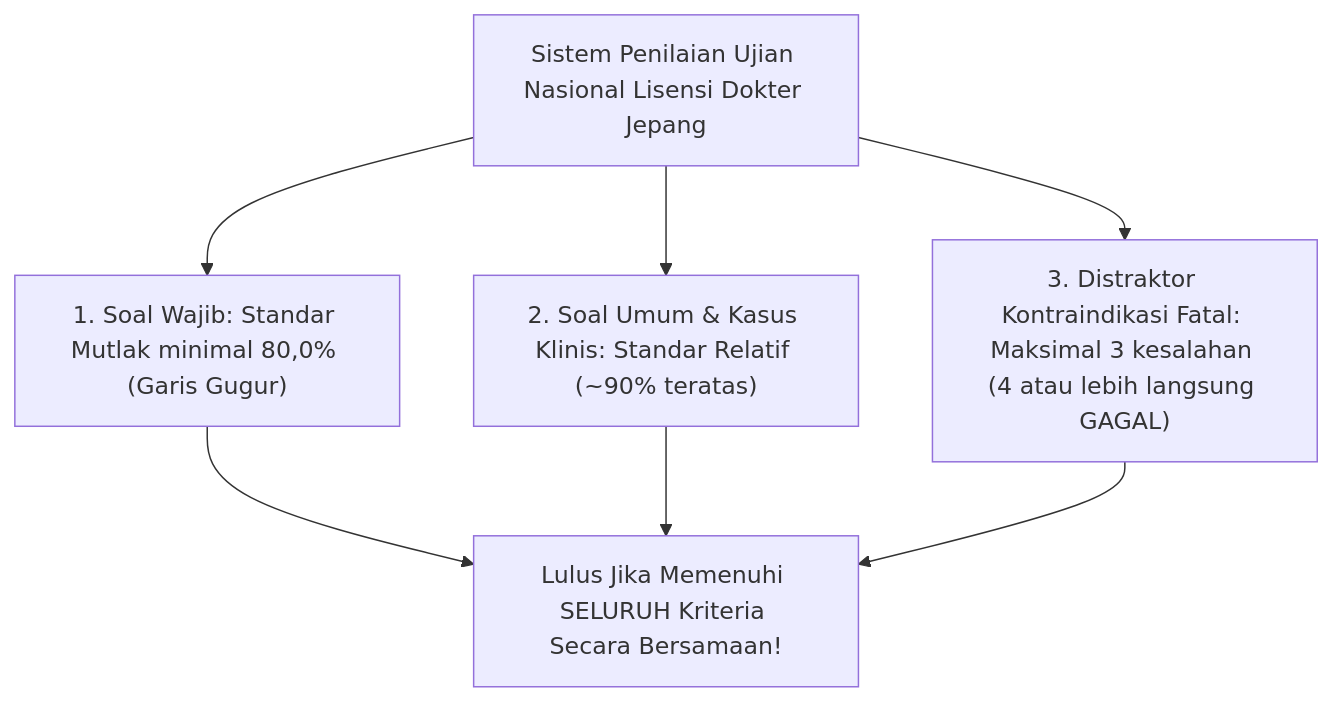
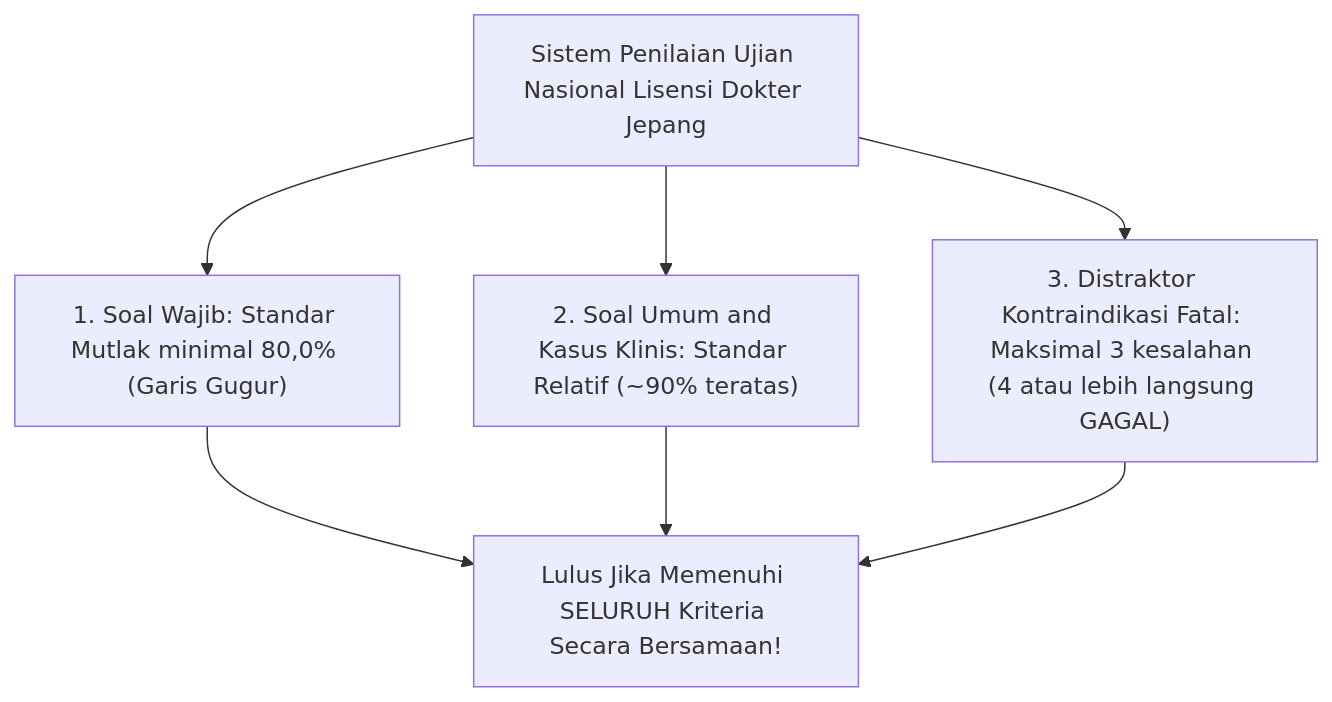
One commit to kenjinote/blog changed the third of 7 diagrams in content/post/medical-doctor-education-qualifications-specialties/index.id.md. Above: the diagram before and after it, drawn with Mermaid. The commit also changed other lines of this file and 12 other files, not shown here.

Commit message:
fix(medical-doctor): resolve mermaid syntax error in subgraph and fix unrendered bold asterisks

````diff
--- a/content/post/medical-doctor-education-qualifications-specialties/index.id.md
+++ b/content/post/medical-doctor-education-qualifications-specialties/index.id.md
@@ -158,10 +158,10 @@
 ```mermaid
 flowchart TD
     SUBJ["Sistem Penilaian Ujian Nasional Lisensi Dokter Jepang"]
     SUBJ --> C1["1. Soal Wajib: Standar Mutlak minimal 80,0% (Garis Gugur)"]
-    SUBJ --> C2["2. Soal Umum & Kasus Klinis: Standar Relatif (~90% teratas)"]
+    SUBJ --> C2["2. Soal Umum and Kasus Klinis: Standar Relatif (~90% teratas)"]
     SUBJ --> C3["3. Distraktor Kontraindikasi Fatal: Maksimal 3 kesalahan (4 atau lebih langsung GAGAL)"]
     C1 --> PASS["Lulus Jika Memenuhi SELURUH Kriteria Secara Bersamaan!"]
     C2 --> PASS
     C3 --> PASS
 ```
````
